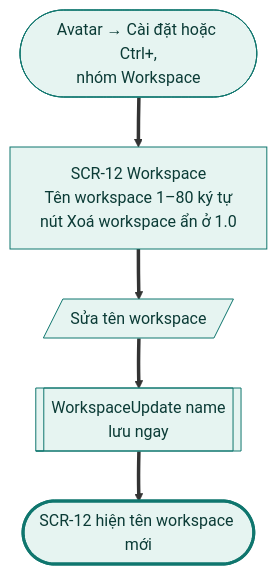
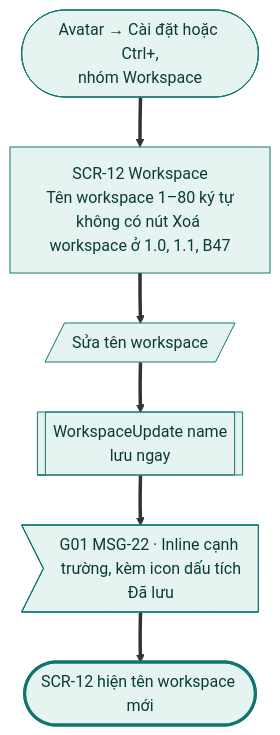
Before and after one commit to tannguyenho/personal-app: the first of 6 diagrams in docs/design-brief/flow/g12-workspace-billing.md, drawn with Mermaid. The commit also changed other lines of this file and 5 other files, not shown here.

First line of the commit message:
docs(G08, G12): áp quyết định PO 09/11 vào SRS, PRD, flow

````diff
--- a/docs/design-brief/flow/g12-workspace-billing.md
+++ b/docs/design-brief/flow/g12-workspace-billing.md
@@ -32,22 +32,23 @@
 ```mermaid
 flowchart TD
   start(["Avatar → Cài đặt hoặc Ctrl+,<br/>nhóm Workspace"])
-  s1["SCR-12 Workspace<br/>Tên workspace 1–80 ký tự<br/>nút Xoá workspace ẩn ở 1.0"]
+  s1["SCR-12 Workspace<br/>Tên workspace 1–80 ký tự<br/>không có nút Xoá workspace ở 1.0, 1.1, B47"]
   u1[/"Sửa tên workspace"/]
   p1[["WorkspaceUpdate name<br/>lưu ngay"]]
+  m22>"G01 MSG-22 · Inline cạnh trường, kèm icon dấu tích<br/>Đã lưu"]
   ok(["SCR-12 hiện tên workspace mới"])
 
-  start ==> s1 ==> u1 ==> p1 ==> ok
+  start ==> s1 ==> u1 ==> p1 ==> m22 ==> ok
 
-  class start,s1,u1,p1 happy
+  class start,s1,u1,p1,m22 happy
   class ok done
   classDef happy fill:#E6F4F1,stroke:#0F766E,color:#0B3B36
   classDef alt fill:#F1F3F5,stroke:#6B7280,color:#1F2937
   classDef err fill:#FDECEC,stroke:#B42318,color:#5C1010
   classDef warn fill:#FEF4E2,stroke:#B45309,color:#4A2604
   classDef ai fill:#F1ECFD,stroke:#6D28D9,color:#2E1065
   classDef sync fill:#FFFFFF,stroke:#6B7280,stroke-dasharray:4 3,color:#1F2937
   classDef link fill:#FFFFFF,stroke:#0F766E,stroke-dasharray:4 3,color:#0B3B36
   classDef done fill:#E6F4F1,stroke:#0F766E,stroke-width:3px,color:#0B3B36
   classDef fail fill:#FDECEC,stroke:#B42318,stroke-width:3px,color:#5C1010
 ```
````
